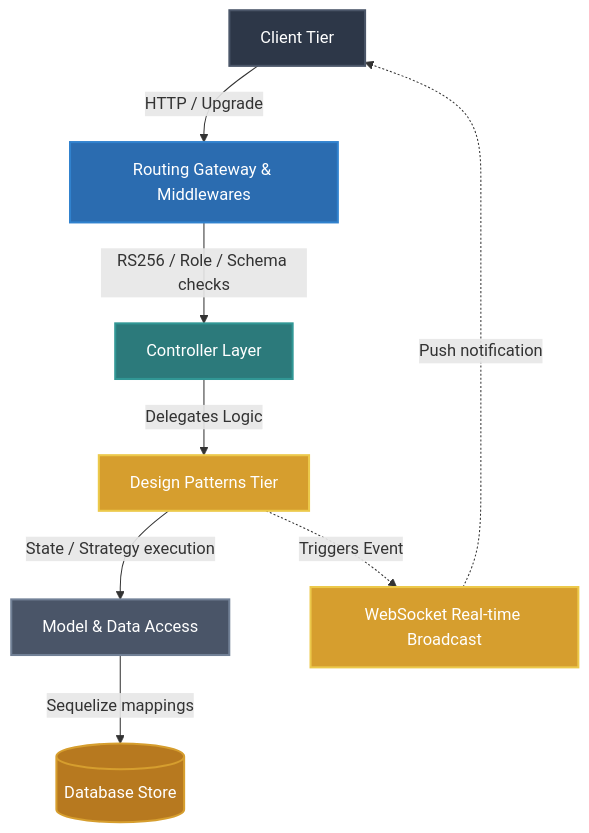
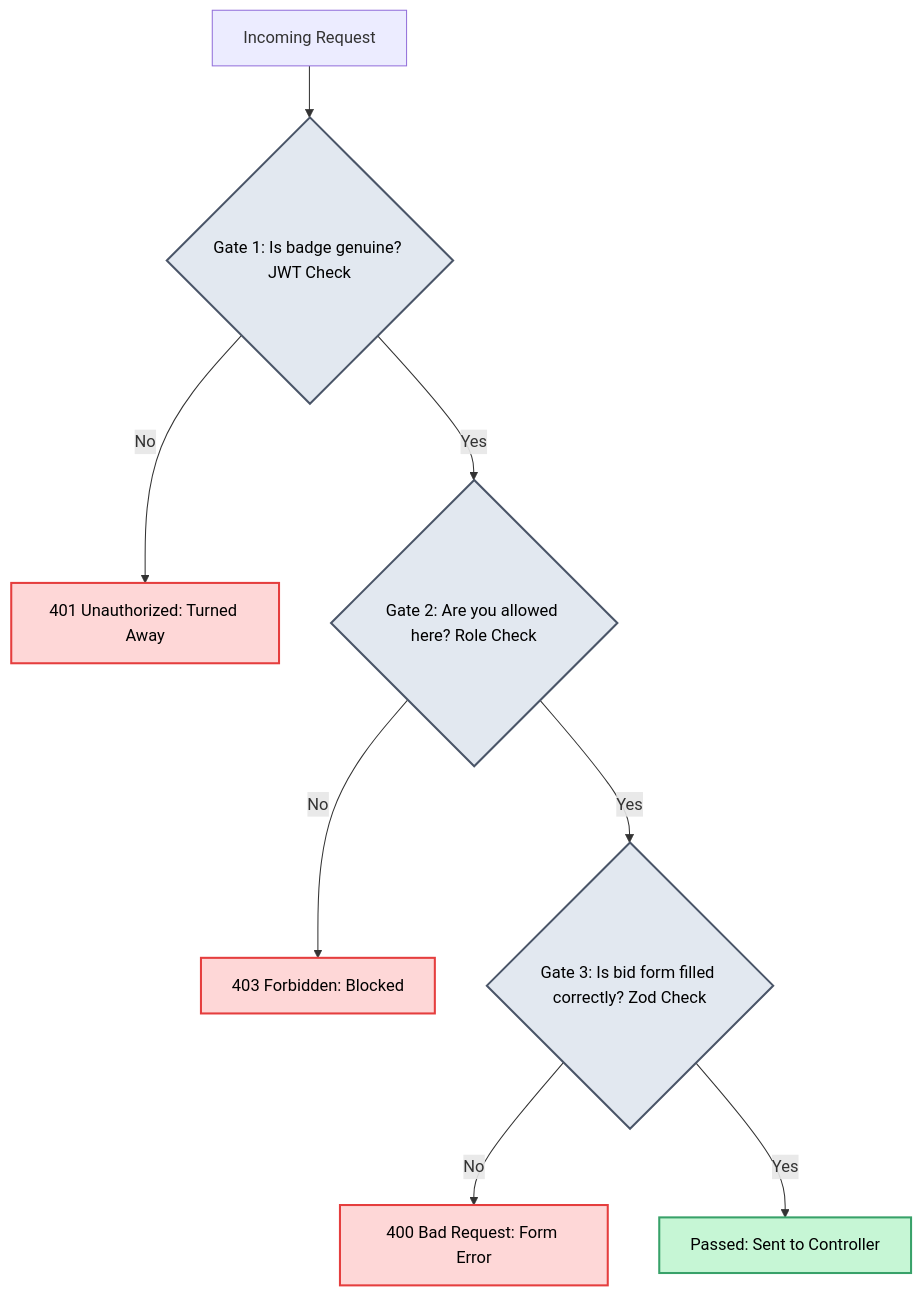
The second of 7 diagrams in README.md (HassenChaaben/Auction-management-backend-app), drawn with Mermaid before and after one commit. The commit also changed other lines of this file, not shown here.

Commit message:
docs: explain Architecture & Design for non-techs using an Auction House analogy with 4 conceptual diagrams

````diff
--- a/README.md
+++ b/README.md
@@ -80,28 +105,15 @@
 ```mermaid
 graph TD
     %% Styling Definitions
-    classDef client fill:#2d3748,stroke:#4a5568,stroke-width:2px,color:#fff;
-    classDef router fill:#2b6cb0,stroke:#3182ce,stroke-width:2px,color:#fff;
-    classDef controller fill:#2c7a7b,stroke:#319795,stroke-width:2px,color:#fff;
-    classDef pattern fill:#d69e2e,stroke:#ecc94b,stroke-width:2px,color:#fff;
-    classDef model fill:#4a5568,stroke:#718096,stroke-width:2px,color:#fff;
-    classDef database fill:#b7791f,stroke:#d69e2e,stroke-width:2px,color:#fff;
+    classDef pass fill:#c6f6d5,stroke:#38a169,stroke-width:2px,color:#000;
+    classDef fail fill:#fed7d7,stroke:#e53e3e,stroke-width:2px,color:#000;
+    classDef check fill:#e2e8f0,stroke:#4a5568,stroke-width:2px,color:#000;
 
-    %% Nodes
-    C[Client Tier]:::client
-    RG[Routing Gateway & Middlewares]:::router
-    CTRL[Controller Layer]:::controller
-    DP[Design Patterns Tier]:::pattern
-    MOD[Model & Data Access]:::model
-    DB[(Database Store)]:::database
-    WS[WebSocket Real-time Broadcast]:::pattern
-
-    %% Links & Relationships
-    C -->|HTTP / Upgrade| RG
-    RG -->|RS256 / Role / Schema checks| CTRL
-    CTRL -->|Delegates Logic| DP
-    DP -->|State / Strategy execution| MOD
-    MOD -->|Sequelize mappings| DB
-    DP -.->|Triggers Event| WS
-    WS -.->|Push notification| C
+    Start[Incoming Request] --> C1{Gate 1: Is badge genuine? JWT Check}:::check
+    C1 -->|No| F1[401 Unauthorized: Turned Away]:::fail
+    C1 -->|Yes| C2{Gate 2: Are you allowed here? Role Check}:::check
+    C2 -->|No| F2[403 Forbidden: Blocked]:::fail
+    C2 -->|Yes| C3{Gate 3: Is bid form filled correctly? Zod Check}:::check
+    C3 -->|No| F3[400 Bad Request: Form Error]:::fail
+    C3 -->|Yes| OK[Passed: Sent to Controller]:::pass
 ```
````
